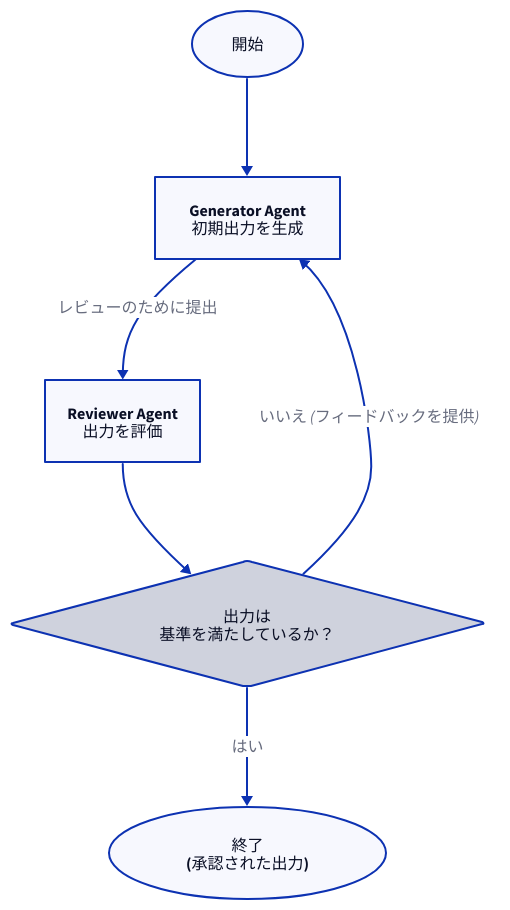
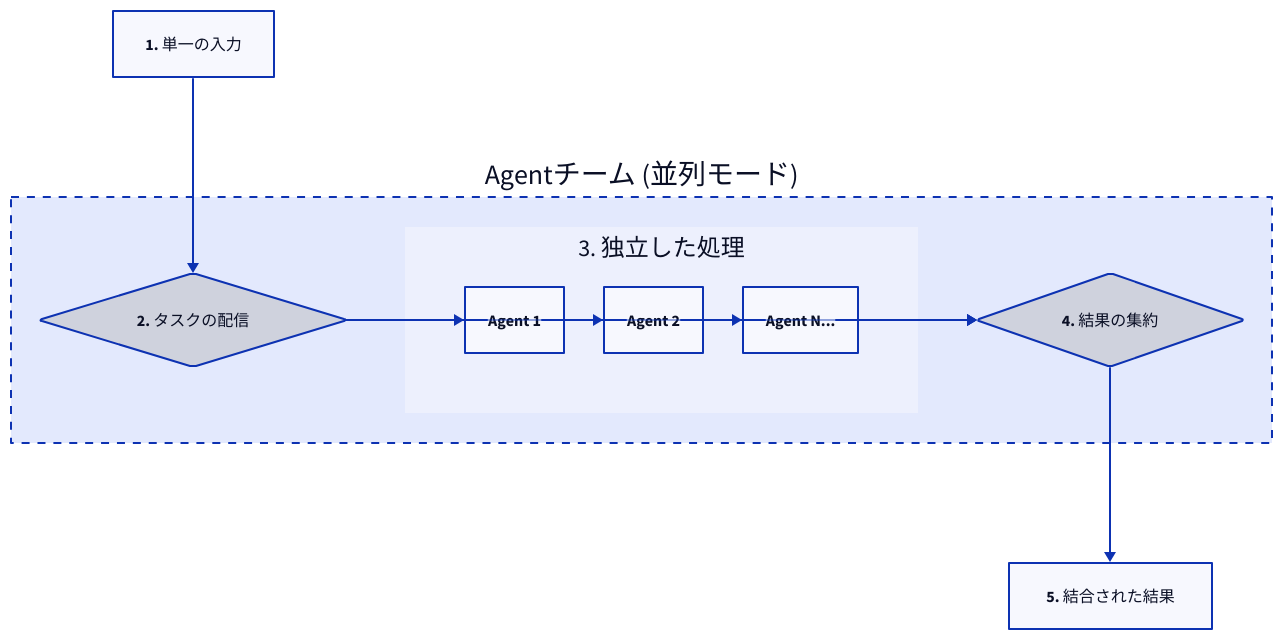
One commit to AIGNE-io/aigne-framework changed the diagram in .aigne/doc-smith/docs/user-guide-common-workflows-parallel-tasks.ja.md. Above: the diagram before and after it, drawn with D2. The commit also changed other lines of this file and 191 other files, not shown here.

````diff
--- a/.aigne/doc-smith/docs/user-guide-common-workflows-parallel-tasks.ja.md
+++ b/.aigne/doc-smith/docs/user-guide-common-workflows-parallel-tasks.ja.md
@@ -27,34 +20,57 @@
 ```d2
 direction: down
 
-start: { 
-  label: "開始"
-  shape: oval 
-}
-
-generator: {
-  label: "Generator Agent\n初期出力を生成"
+Input: {
+  label: "1. 単一の入力"
   shape: rectangle
 }
 
-reviewer: {
-  label: "Reviewer Agent\n出力を評価"
+Agent-Team: {
+  label: "Agentチーム (並列モード)"
+  style.stroke-dash: 4
+
+  Distribution: {
+    label: "2. タスクの配信"
+    shape: diamond
+  }
+
+  Agents: {
+    label: "3. 独立した処理"
+    style.stroke-width: 0
+    grid-columns: 3
+
+    Agent-1: { 
+      label: "Agent 1"
+      shape: rectangle 
+    }
+    Agent-2: { 
+      label: "Agent 2"
+      shape: rectangle 
+    }
+    Agent-N: {
+      label: "Agent N..."
+      shape: rectangle
+    }
+  }
+
+  Aggregation: {
+    label: "4. 結果の集約"
+    shape: diamond
+  }
+}
+
+Output: {
+  label: "5. 結合された結果"
   shape: rectangle
 }
 
-decision: {
-  label: "出力は\n基準を満たしているか？"
-  shape: diamond
-}
+Input -> Agent-Team.Distribution
+Agent-Team.Distribution -> Agent-Team.Agents.Agent-1
+Agent-Team.Distribution -> Agent-Team.Agents.Agent-2
+Agent-Team.Distribution -> Agent-Team.Agents.Agent-N
+Agent-Team.Agents.Agent-1 -> Agent-Team.Aggregation
+Agent-Team.Agents.Agent-2 -> Agent-Team.Aggregation
+Agent-Team.Agents.Agent-N -> Agent-Team.Aggregation
+Agent-Team.Aggregation -> Output
 
-end: {
-  label: "終了\n(承認された出力)"
-  shape: oval
-}
-
-start -> generator
-generator -> reviewer: "レビューのために提出"
-reviewer -> decision
-decision -> end: "はい"
-decision -> generator: "いいえ (フィードバックを提供)"
 ```
````
